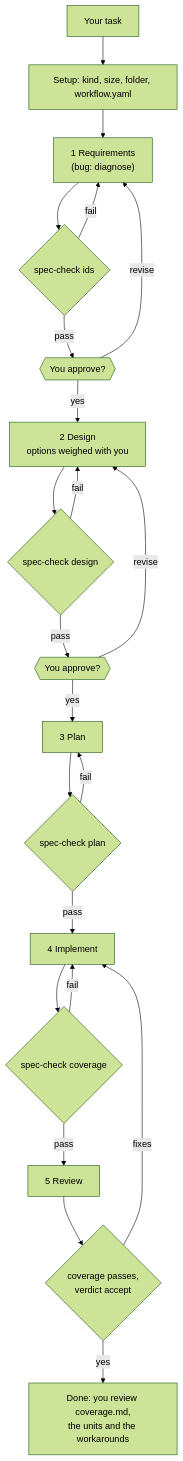
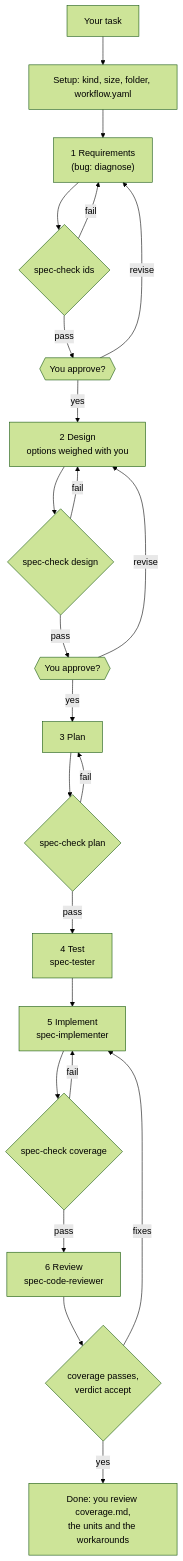
Before and after one commit to SimonWang9610/my-claude: the fourth of 4 diagrams in plugins/my-workflow/DESIGN.md, drawn with Mermaid (forest theme). The commit also changed other lines of this file and 38 other files, not shown here.

````diff
--- a/plugins/my-workflow/DESIGN.md
+++ b/plugins/my-workflow/DESIGN.md
@@ -280,24 +313,25 @@
 ```mermaid
 flowchart TD
   START["Your task"] --> SETUP["Setup: kind, size, folder, workflow.yaml"]
   SETUP --> REQ["1 Requirements<br/>(bug: diagnose)"]
   REQ --> C1{"spec-check ids"}
   C1 -->|"fail"| REQ
   C1 -->|"pass"| G1{{"You approve?"}}
   G1 -->|"revise"| REQ
   G1 -->|"yes"| DES["2 Design<br/>options weighed with you"]
   DES --> C2{"spec-check design"}
   C2 -->|"fail"| DES
   C2 -->|"pass"| G2{{"You approve?"}}
   G2 -->|"revise"| DES
   G2 -->|"yes"| PLAN["3 Plan"]
   PLAN --> C3{"spec-check plan"}
   C3 -->|"fail"| PLAN
-  C3 -->|"pass"| IMPL["4 Implement"]
+  C3 -->|"pass"| TEST["4 Test<br/>spec-tester"]
+  TEST --> IMPL["5 Implement<br/>spec-implementer"]
   IMPL --> C4{"spec-check coverage"}
   C4 -->|"fail"| IMPL
-  C4 -->|"pass"| REV["5 Review"]
+  C4 -->|"pass"| REV["6 Review<br/>spec-code-reviewer"]
   REV --> C5{"coverage passes,<br/>verdict accept"}
   C5 -->|"fixes"| IMPL
   C5 -->|"yes"| DONE["Done: you review coverage.md,<br/>the units and the workarounds"]
 ```
````
